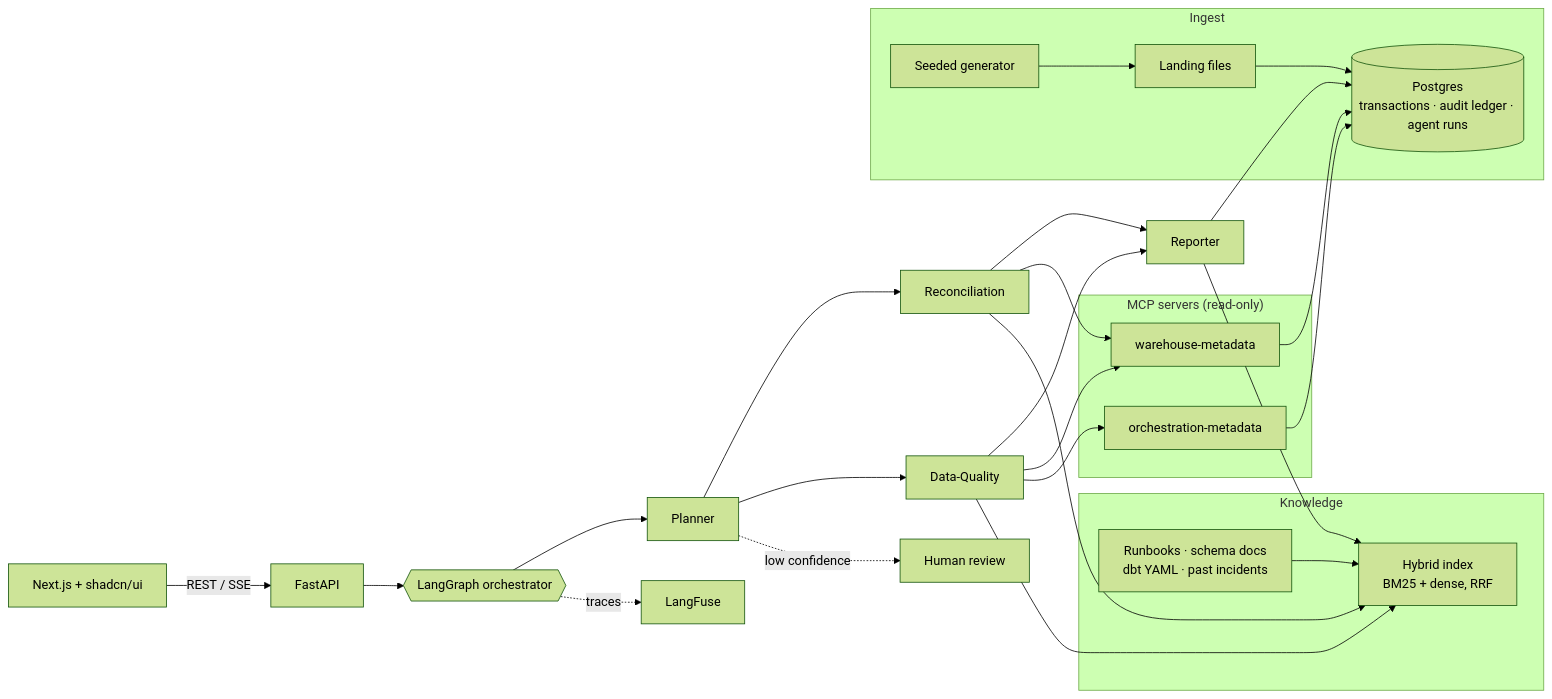
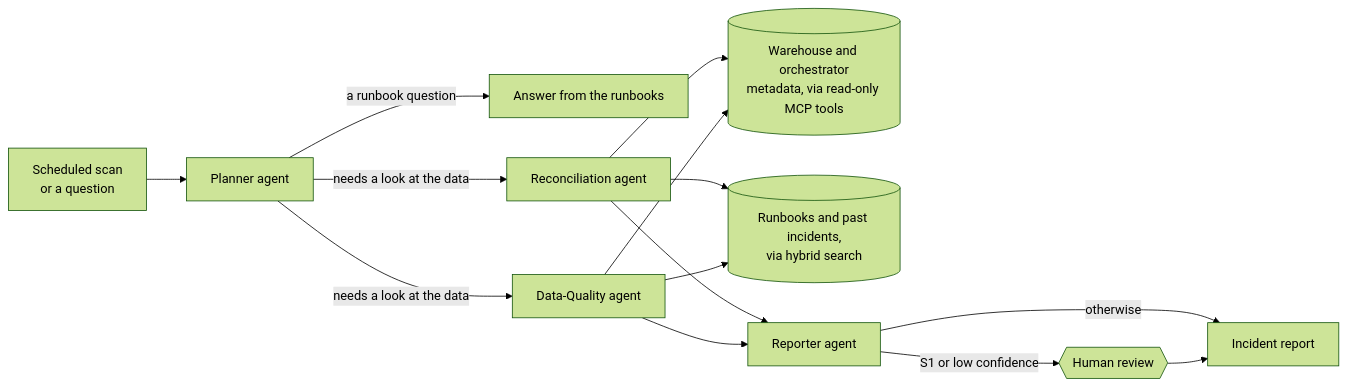
The diagram in README.md (rahulramachandran-labs/reconmind), drawn with Mermaid (forest theme) before and after one commit. The commit also changed other lines of this file and 6 other files, not shown here.

````diff
--- a/README.md
+++ b/README.md
@@ -172,28 +22,13 @@
 ```mermaid
 flowchart LR
-    subgraph Ingest
-        GEN[Seeded generator] --> LAND[Landing files] --> PG[(Postgres<br/>transactions · audit ledger · agent runs)]
-    end
-    subgraph Knowledge
-        DOCS[Runbooks · schema docs<br/>dbt YAML · past incidents] --> IDX[Hybrid index<br/>BM25 + dense, RRF]
-    end
-    subgraph Tools["MCP servers (read-only)"]
-        WH[warehouse-metadata]
-        OR[orchestration-metadata]
-    end
-    UI[Next.js + shadcn/ui] -- REST / SSE --> API[FastAPI]
-    API --> G{{LangGraph orchestrator}}
-    G --> P[Planner]
-    P --> R[Reconciliation]
-    P --> Q[Data-Quality]
-    P -. low confidence .-> H[Human review]
-    R --> REP[Reporter]
-    Q --> REP
-    R --> WH
-    Q --> WH
-    Q --> OR
-    R & Q & REP --> IDX
-    WH & OR --> PG
-    REP --> PG
-    G -. traces .-> LF[LangFuse]
+    T["Scheduled scan<br/>or a question"] --> P[Planner agent]
+    P -- "a runbook question" --> A[Answer from the runbooks]
+    P -- "needs a look at the data" --> R[Reconciliation agent]
+    P -- "needs a look at the data" --> Q[Data-Quality agent]
+    R & Q --> M[("Warehouse and orchestrator<br/>metadata, via read-only MCP tools")]
+    R & Q --> K[("Runbooks and past incidents,<br/>via hybrid search")]
+    R & Q --> REP[Reporter agent]
+    REP -- "S1 or low confidence" --> H{{"Human review"}}
+    REP -- "otherwise" --> OUT[Incident report]
+    H --> OUT
 ```
````
